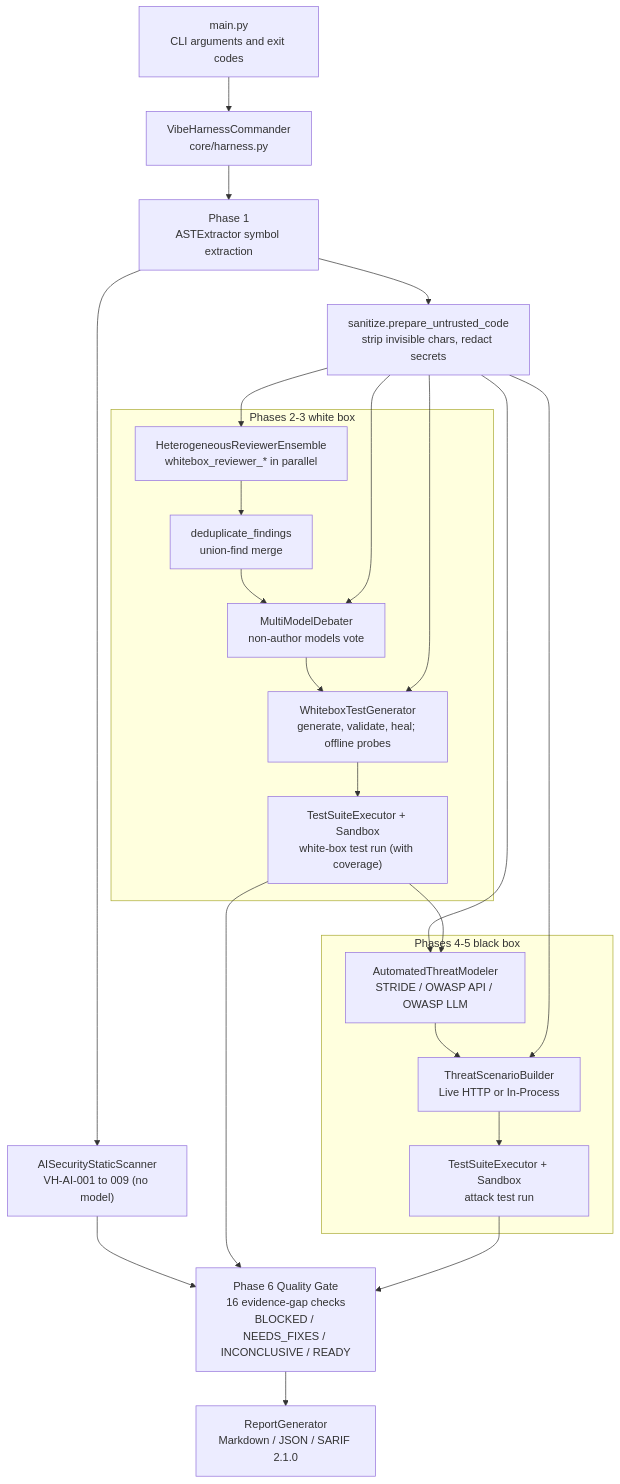
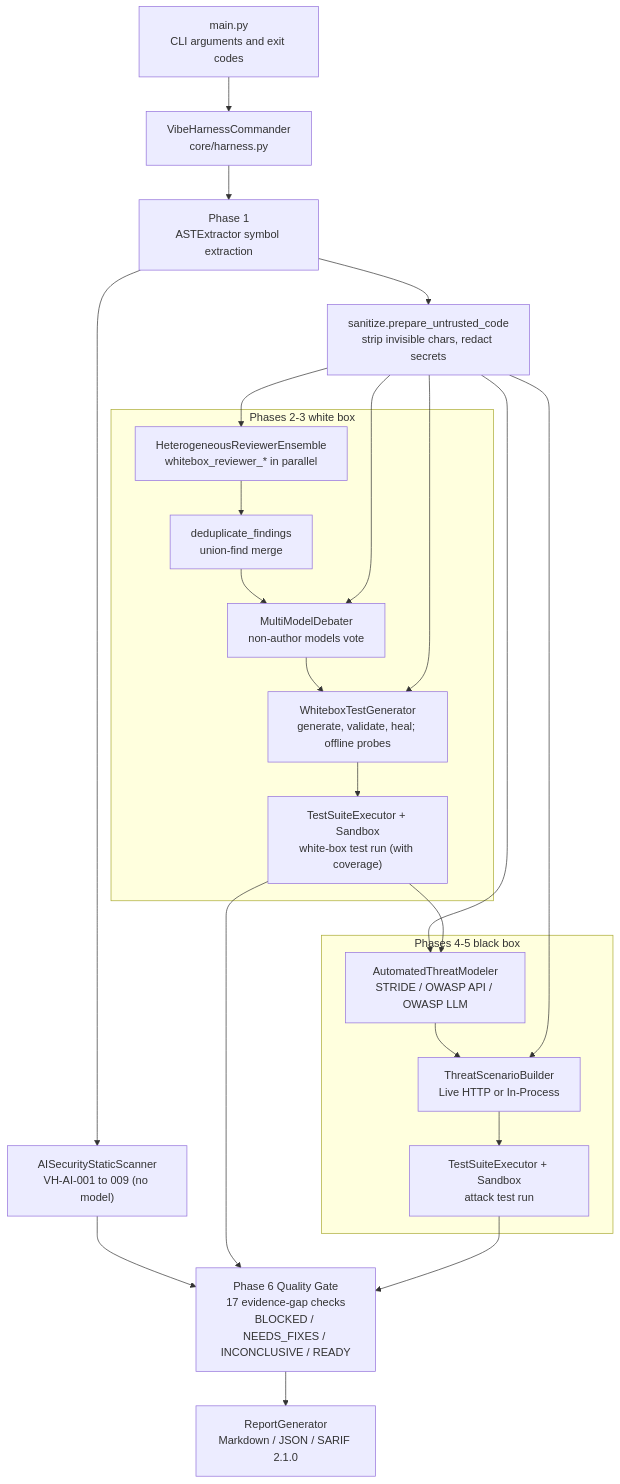
Before and after one commit to chinchiang/MultiAgentGama: the first of 3 diagrams in docs/design.en.md, drawn with Mermaid. The commit also changed other lines of this file and 18 other files, not shown here.

````diff
--- a/docs/design.en.md
+++ b/docs/design.en.md
@@ -43,34 +43,34 @@
 ```mermaid
 flowchart TD
     CLI["main.py<br/>CLI arguments and exit codes"] --> CMD["VibeHarnessCommander<br/>core/harness.py"]
     CMD --> P1["Phase 1<br/>ASTExtractor symbol extraction"]
     P1 --> SAST["AISecurityStaticScanner<br/>VH-AI-001 to 009 (no model)"]
     P1 --> SAN["sanitize.prepare_untrusted_code<br/>strip invisible chars, redact secrets"]
 
     subgraph WB ["Phases 2-3 white box"]
         REV["HeterogeneousReviewerEnsemble<br/>whitebox_reviewer_* in parallel"]
         DEDUP["deduplicate_findings<br/>union-find merge"]
         DEB["MultiModelDebater<br/>non-author models vote"]
         GEN["WhiteboxTestGenerator<br/>generate, validate, heal; offline probes"]
         EXE1["TestSuiteExecutor + Sandbox<br/>white-box test run (with coverage)"]
         REV --> DEDUP --> DEB --> GEN --> EXE1
     end
 
     subgraph BB ["Phases 4-5 black box"]
         TM["AutomatedThreatModeler<br/>STRIDE / OWASP API / OWASP LLM"]
         ATK["ThreatScenarioBuilder<br/>Live HTTP or In-Process"]
         EXE2["TestSuiteExecutor + Sandbox<br/>attack test run"]
         TM --> ATK --> EXE2
     end
 
     SAN --> REV
     SAN --> DEB
     SAN --> GEN
     SAN --> TM
     SAN --> ATK
     EXE1 --> TM
     SAST --> GATE
     EXE1 --> GATE
-    EXE2 --> GATE["Phase 6 Quality Gate<br/>16 evidence-gap checks<br/>BLOCKED / NEEDS_FIXES / INCONCLUSIVE / READY"]
+    EXE2 --> GATE["Phase 6 Quality Gate<br/>17 evidence-gap checks<br/>BLOCKED / NEEDS_FIXES / INCONCLUSIVE / READY"]
     GATE --> OUT["ReportGenerator<br/>Markdown / JSON / SARIF 2.1.0"]
 ```
````
